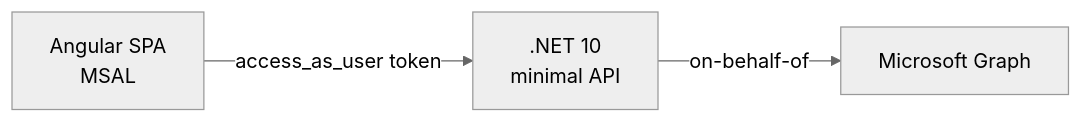
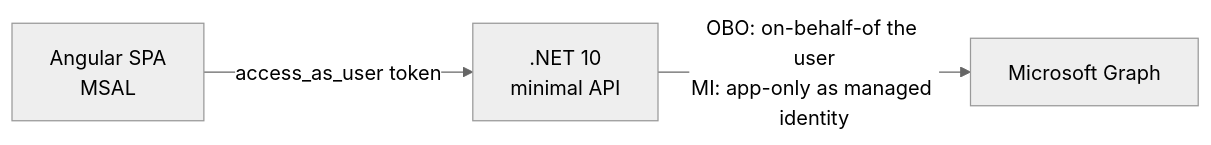
Before and after one commit to TK11703/angular-api-graph-relay: the first of 7 diagrams in README.md, drawn with Mermaid (neutral theme). The commit also changed other lines of this file and 51 other files, not shown here.

First line of the commit message:
feat: add API service and authentication for user management

````diff
--- a/README.md
+++ b/README.md
@@ -10,9 +17,9 @@
 ```mermaid
 flowchart LR
     SPA["Angular SPA<br/>MSAL"]
     API[".NET 10<br/>minimal API"]
     G["Microsoft Graph"]
 
     SPA -- "access_as_user token" --> API
-    API -- "on-behalf-of" --> G
+    API -- "OBO: on-behalf-of the user<br/>MI: app-only as managed identity" --> G
 ```
````
